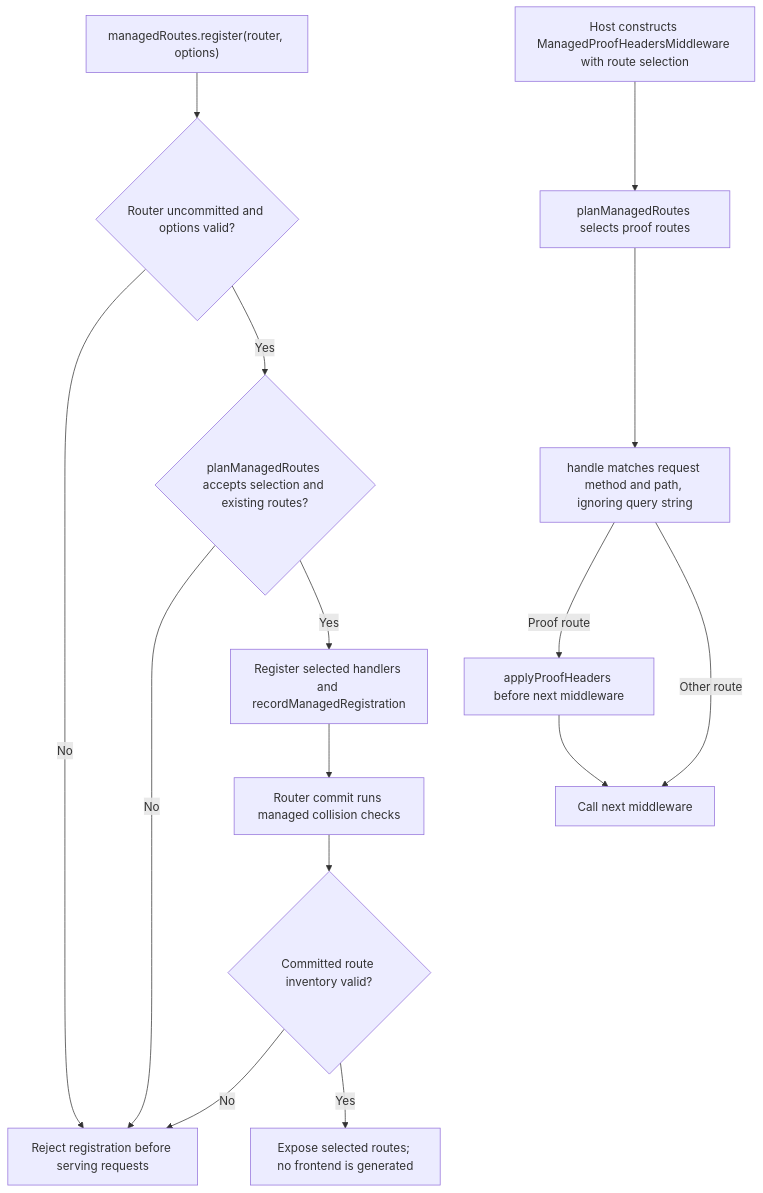
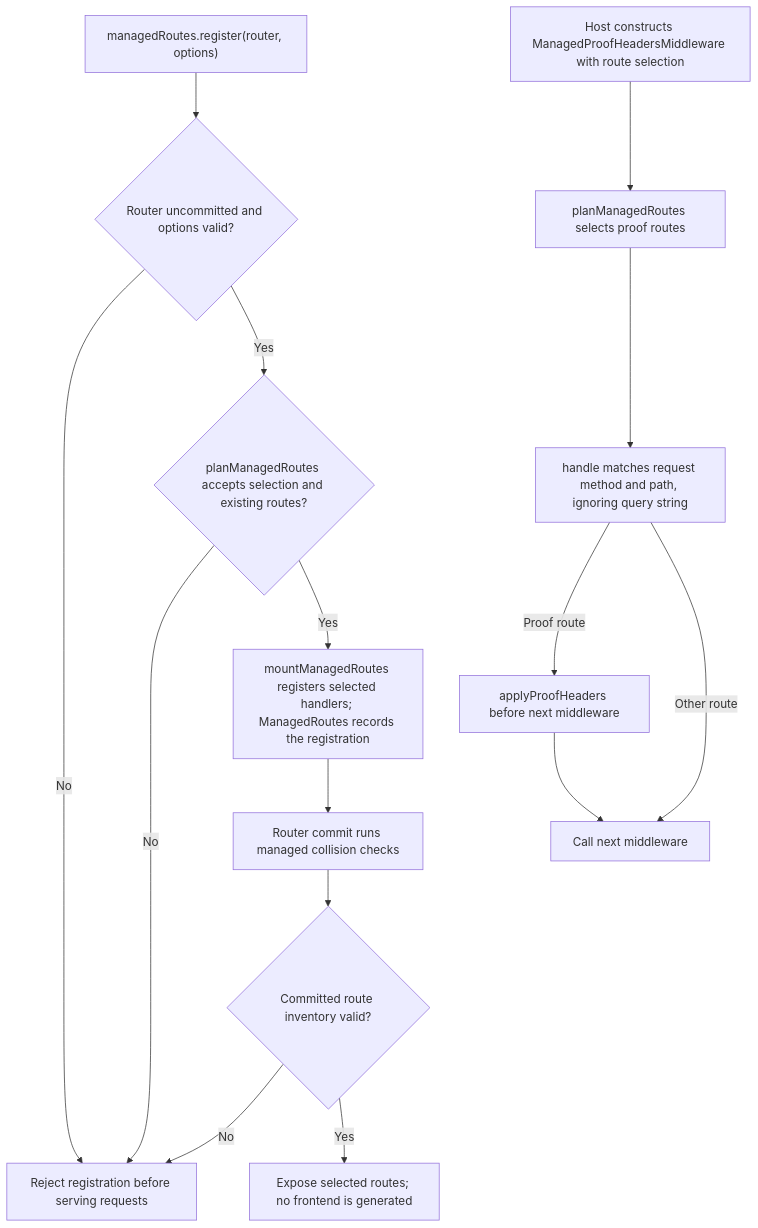
The second of 2 diagrams in user-stories/US-ACCOUNT-29-mount-managed-routes.md (Kevinjohn/oss-adonisjs-account-kit), drawn with Mermaid before and after one commit. The commit also changed 16 other files, not shown here.

````diff
--- a/user-stories/US-ACCOUNT-29-mount-managed-routes.md
+++ b/user-stories/US-ACCOUNT-29-mount-managed-routes.md
@@ -34,17 +34,17 @@
 ```mermaid
 flowchart TD
  A["managedRoutes.register(router, options)"] --> B{"Router uncommitted and options valid?"}
  B -->|No| F
  B -->|Yes| C{"planManagedRoutes accepts selection and existing routes?"}
  C -->|No| F["Reject registration before serving requests"]
- C -->|Yes| H["Register selected handlers and recordManagedRegistration"]
+ C -->|Yes| H["mountManagedRoutes registers selected handlers; ManagedRoutes records the registration"]
  H --> D["Router commit runs managed collision checks"]
  D --> E{"Committed route inventory valid?"}
  E -->|No| F["Reject registration before serving requests"]
  E -->|Yes| G["Expose selected routes; no frontend is generated"]
  P["Host constructs ManagedProofHeadersMiddleware with route selection"] --> Q["planManagedRoutes selects proof routes"]
  Q --> R["handle matches request method and path, ignoring query string"]
  R -->|Proof route| S["applyProofHeaders before next middleware"]
  R -->|Other route| T["Call next middleware"]
  S --> T
 ```
````
